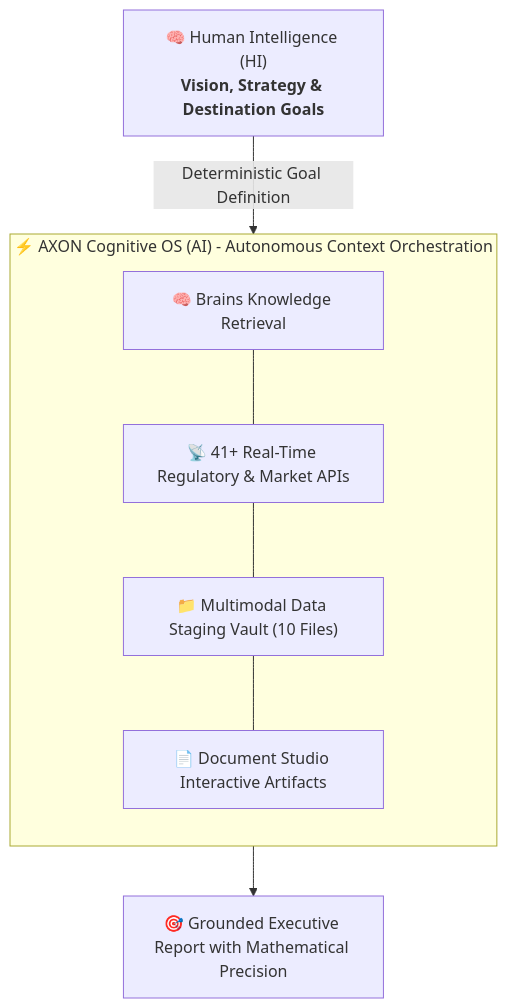
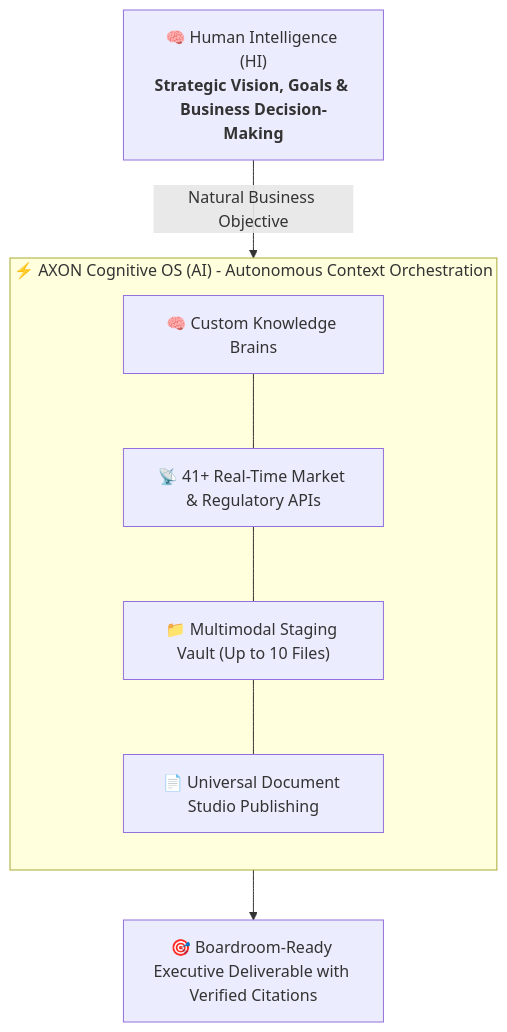
Before and after one commit to gosutox/gosutox-docs: the diagram in get-started/philosophy-ai2.mdx, drawn with Mermaid. The commit also changed other lines of this file, not shown here.

````diff
--- a/get-started/philosophy-ai2.mdx
+++ b/get-started/philosophy-ai2.mdx
@@ -16,16 +21,16 @@
 ```mermaid
 flowchart TD
-    HI["🧠 Human Intelligence (HI)<br/><b>Vision, Strategy & Destination Goals</b>"]
-    HI -->|"Deterministic Goal Definition"| AXON
+    HI["🧠 Human Intelligence (HI)<br/><b>Strategic Vision, Goals & Business Decision-Making</b>"]
+    HI -->|"Natural Business Objective"| AXON
 
     subgraph AXON["⚡ AXON Cognitive OS (AI) - Autonomous Context Orchestration"]
         direction TB
-        B1["🧠 Brains Knowledge Retrieval"]
-        B2["📡 41+ Real-Time Regulatory & Market APIs"]
-        B3["📁 Multimodal Data Staging Vault (10 Files)"]
-        B4["📄 Document Studio Interactive Artifacts"]
+        B1["🧠 Custom Knowledge Brains"]
+        B2["📡 41+ Real-Time Market & Regulatory APIs"]
+        B3["📁 Multimodal Staging Vault (Up to 10 Files)"]
+        B4["📄 Universal Document Studio Publishing"]
         B1 --- B2 --- B3 --- B4
     end
 
-    AXON --> Output["🎯 Grounded Executive Report with Mathematical Precision"]
+    AXON --> Output["🎯 Boardroom-Ready Executive Deliverable with Verified Citations"]
 ```
````
